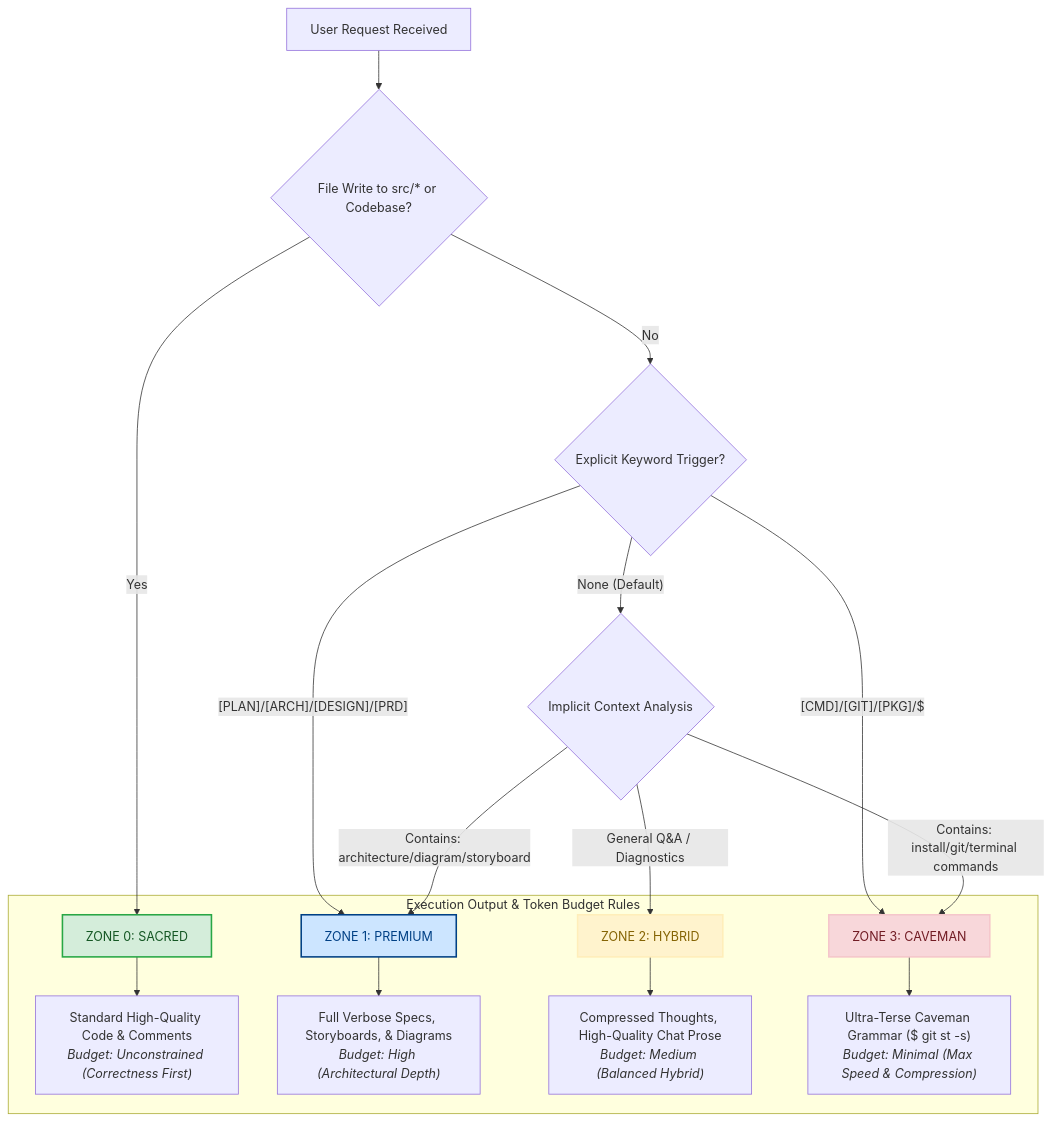
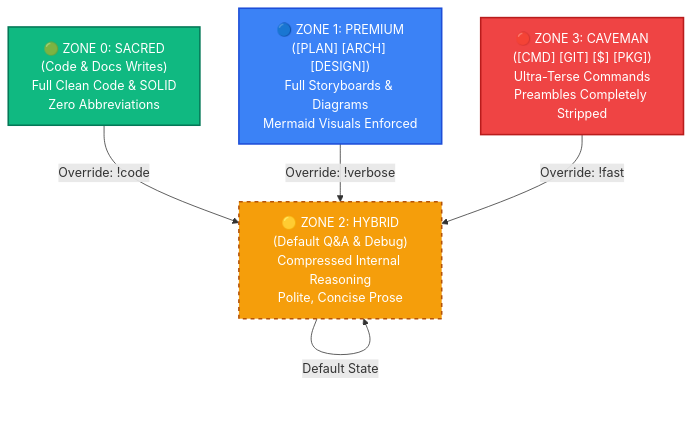
Before and after one commit to Rezhnn/Token-Optimization: the diagram in README.md, drawn with Mermaid. The commit also changed other lines of this file and 25 other files, not shown here.

Commit message:
feat: restructure FinOps skill into full Caveman-style multi-folder layout

````diff
--- a/README.md
+++ b/README.md
@@ -17,27 +33,19 @@
 ```mermaid
 graph TD
-    classDef sacred fill:#d4edda,stroke:#28a745,stroke-width:2px,color:#155724;
-    classDef premium fill:#cce5ff,stroke:#004085,stroke-width:2px,color:#004085;
-    classDef hybrid fill:#fff3cd,stroke:#ffeeba,stroke-width:2px,color:#856404;
-    classDef caveman fill:#f8d7da,stroke:#f5c6cb,stroke-width:2px,color:#721c24;
+    classDef sacred fill:#10b981,stroke:#047857,stroke-width:2px,color:#fff;
+    classDef premium fill:#3b82f6,stroke:#1d4ed8,stroke-width:2px,color:#fff;
+    classDef hybrid fill:#f59e0b,stroke:#b45309,stroke-width:2px,color:#fff;
+    classDef caveman fill:#ef4444,stroke:#b91c1c,stroke-width:2px,color:#fff;
 
-    U[User Request Received] --> C1{File Write to src/* or Codebase?}
-    
-    C1 -- Yes --> Z0[ZONE 0: SACRED]:::sacred
-    C1 -- No --> C2{Explicit Keyword Trigger?}
-    
-    C2 -- [PLAN]/[ARCH]/[DESIGN]/[PRD] --> Z1[ZONE 1: PREMIUM]:::premium
-    C2 -- [CMD]/[GIT]/[PKG]/$ --> Z3[ZONE 3: CAVEMAN]:::caveman
-    C2 -- None (Default) --> C3{Implicit Context Analysis}
-    
-    C3 -- Contains: architecture/diagram/storyboard --> Z1[ZONE 1: PREMIUM]:::premium
-    C3 -- Contains: install/git/terminal commands --> Z3[ZONE 3: CAVEMAN]:::caveman
-    C3 -- General Q&A / Diagnostics --> Z2[ZONE 2: HYBRID]:::hybrid
+    Z0["🟢 ZONE 0: SACRED<br>(Code & Docs Writes)<br>Full Clean Code & SOLID<br>Zero Abbreviations"]:::sacred
+    Z1["🔵 ZONE 1: PREMIUM<br>([PLAN] [ARCH] [DESIGN])<br>Full Storyboards & Diagrams<br>Mermaid Visuals Enforced"]:::premium
+    Z2["🟡 ZONE 2: HYBRID<br>(Default Q&A & Debug)<br>Compressed Internal Reasoning<br>Polite, Concise Prose"]:::hybrid
+    Z3["🔴 ZONE 3: CAVEMAN<br>([CMD] [GIT] [$] [PKG])<br>Ultra-Terse Commands<br>Preambles Completely Stripped"]:::caveman
 
-    subgraph "Execution Output & Token Budget Rules"
-        Z0 --> O0["Standard High-Quality Code & Comments<br><i>Budget: Unconstrained (Correctness First)</i>"]
-        Z1 --> O1["Full Verbose Specs, Storyboards, & Diagrams<br><i>Budget: High (Architectural Depth)</i>"]
-        Z2 --> O2["Compressed Thoughts, High-Quality Chat Prose<br><i>Budget: Medium (Balanced Hybrid)</i>"]
-        Z3 --> O3["Ultra-Terse Caveman Grammar ($ git st -s)<br><i>Budget: Minimal (Max Speed & Compression)</i>"]
-    end
+    Z0 -->|Override: !code| Z2
+    Z1 -->|Override: !verbose| Z2
+    Z2 -->|Default State| Z2
+    Z3 -->|Override: !fast| Z2
+
+    style Z2 stroke-dasharray: 5 5
 ```
````
